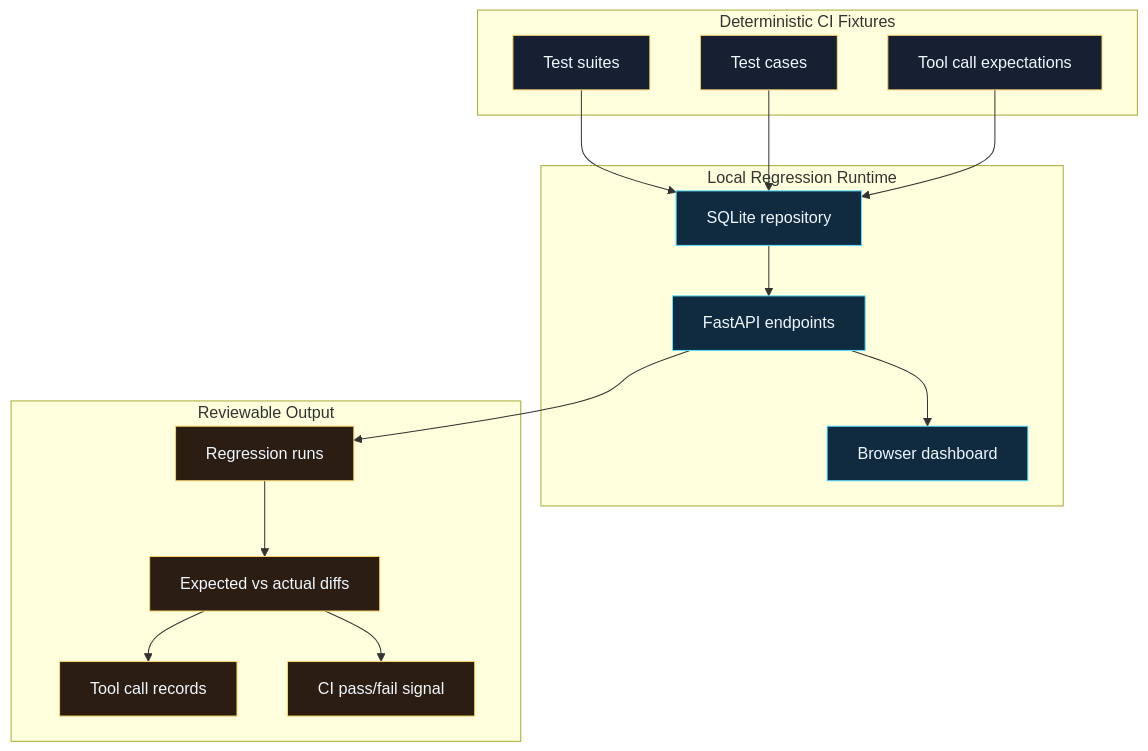
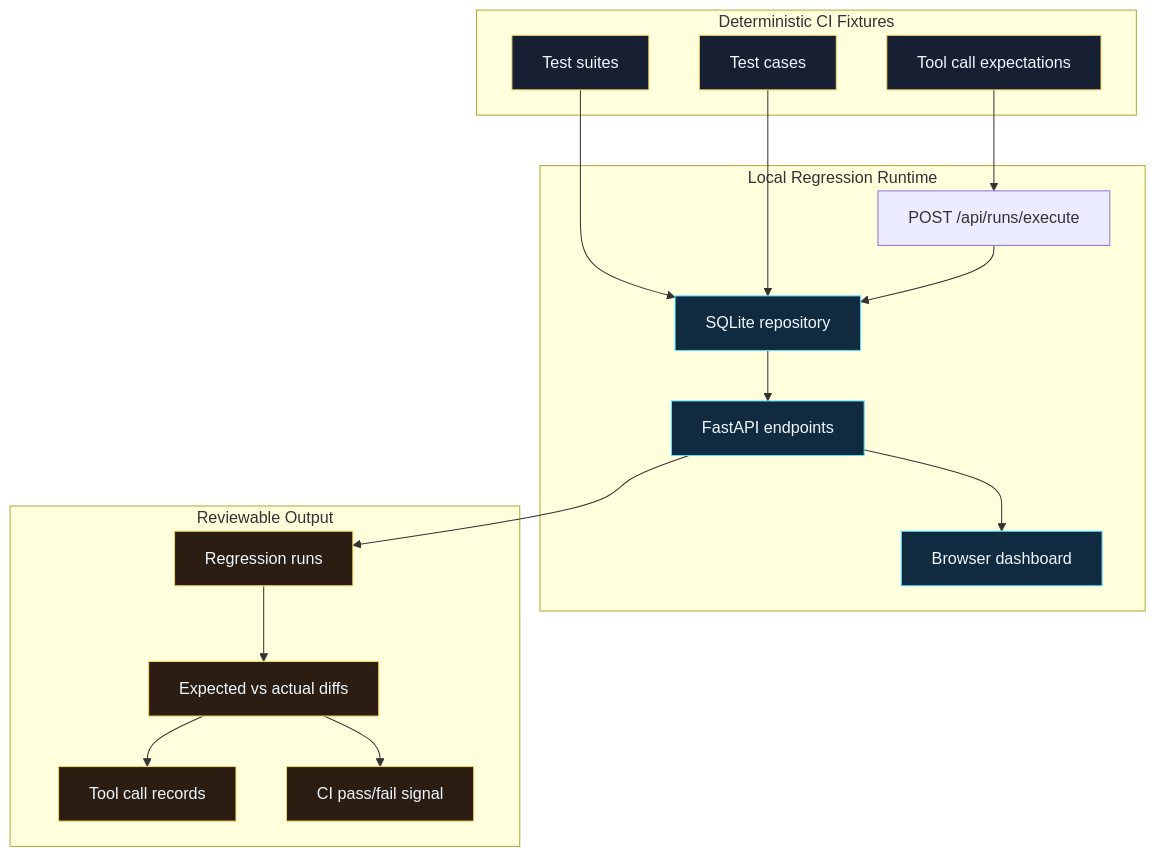
Before and after one commit to lord-dubious/prompt-tool-regression-ci: the diagram in README.md, drawn with Mermaid. The commit also changed other lines of this file and 2 other files, not shown here.

Commit message:
docs: explain prompt regression execution flow

````diff
--- a/README.md
+++ b/README.md
@@ -16,31 +17,33 @@
 ```mermaid
 flowchart TB
     subgraph Fixtures[Deterministic CI Fixtures]
         Suites[Test suites]
         Cases[Test cases]
         Expectations[Tool call expectations]
     end
     subgraph Runtime[Local Regression Runtime]
+        Execute[POST /api/runs/execute]
         Repo[SQLite repository]
         API[FastAPI endpoints]
         Dashboard[Browser dashboard]
     end
     subgraph Review[Reviewable Output]
         Runs[Regression runs]
         Results[Expected vs actual diffs]
         Tools[Tool call records]
         Gate[CI pass/fail signal]
     end
     Suites --> Repo
     Cases --> Repo
-    Expectations --> Repo
+    Expectations --> Execute
+    Execute --> Repo
     Repo --> API --> Dashboard
     API --> Runs --> Results --> Gate
     Results --> Tools
     classDef input fill:#172033,stroke:#f8d36b,color:#eff7ff;
     classDef core fill:#102b3f,stroke:#59e0ff,color:#eff7ff;
     classDef review fill:#2b1d12,stroke:#f8d36b,color:#eff7ff;
     class Suites,Cases,Expectations input;
     class Repo,API,Dashboard core;
     class Runs,Results,Tools,Gate review;
 ```
````
